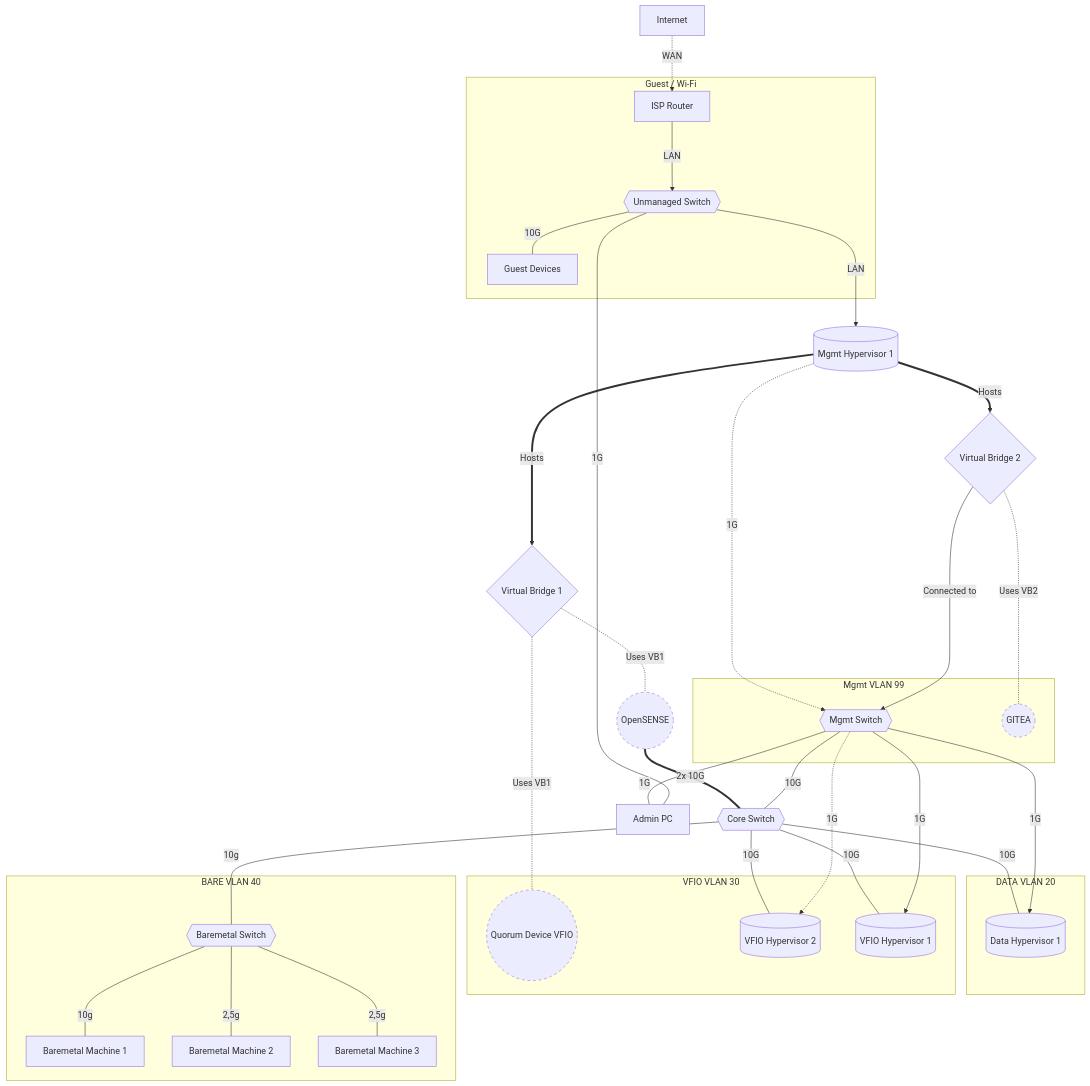
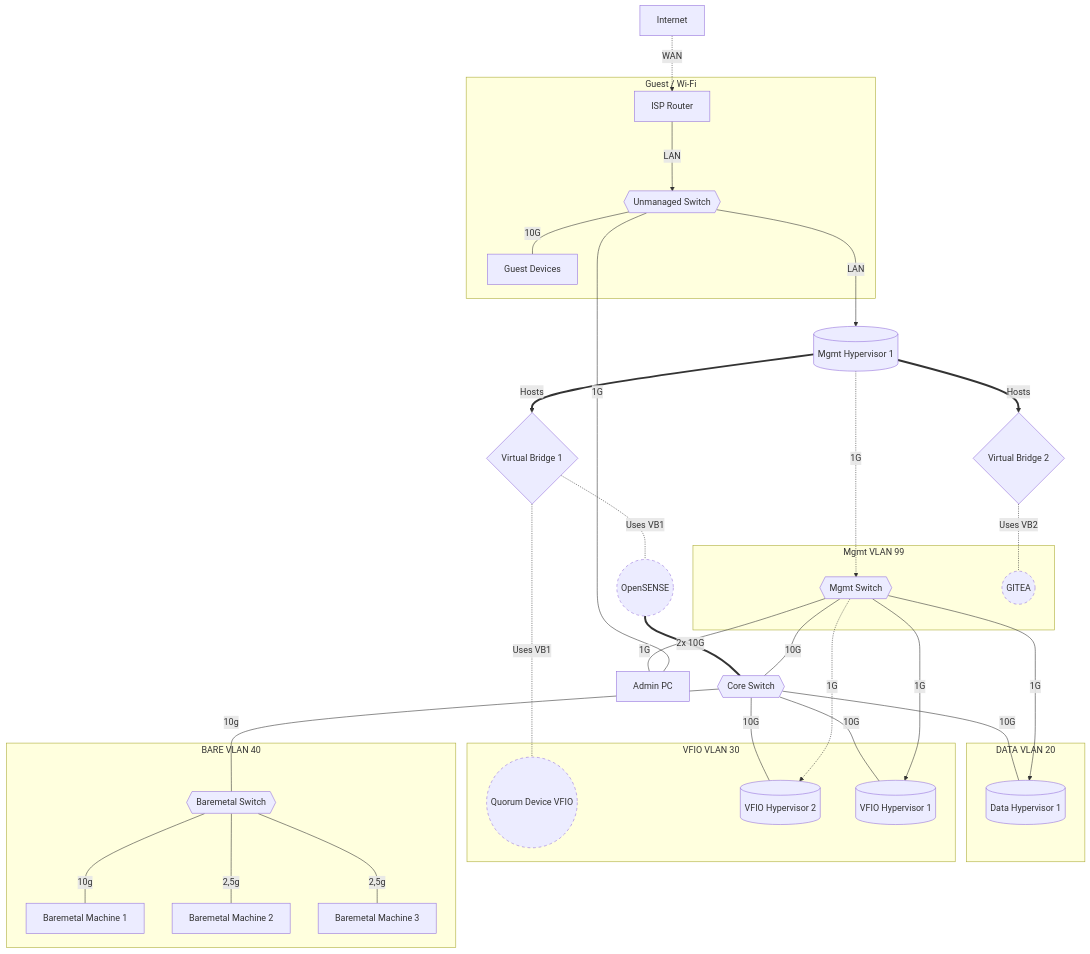
One commit to woeiru/lab changed the diagram in alp/netop.md. Above: the diagram before and after it, drawn with Mermaid.

Commit message:
standard

````diff
--- a/alp/netop.md
+++ b/alp/netop.md
@@ -3,54 +3,53 @@
 ```mermaid
 graph TD
     INT[Internet] -.-> |WAN| ISPR[ISP Router]
     ISPR ---> |LAN| US
     US{{Unmanaged Switch}} ---> |LAN| MH1
     VB1{Virtual Bridge 1} -.- |"Uses VB1"| QDV((Quorum Device VFIO))
     VB1 -.- |"Uses VB1"| OPN((OpenSENSE))
     OPN ===|"2x 10G"| CS{{Core Switch}}
     MH1[(Mgmt Hypervisor 1)] -.-> |"1G"| MS{{Mgmt Switch}}
     MS --- |"10G"| CS
     MS ---|"1G"| APC[Admin PC]
     APC ---|"1G"| US
     MH1 ==>|"Hosts"| VB1
     MH1 ==>|"Hosts"| VB2{Virtual Bridge 2}
     VB2 -.- |"Uses VB2"| GIT((GITEA))
-    VB2 ---> |"Connected to"| MS
     CS ---|"10G"| VH2[(VFIO Hypervisor 2)]
     MS -.->|"1G"| VH2
     US ---|"10G"| GD[Guest Devices]
     CS ---|"10G"| VH1[(VFIO Hypervisor 1)]
     MS --->|"1G"| VH1
     CS ---|"10G"| DH1[(Data Hypervisor 1)]
     MS --->|"1G"| DH1
     CS ---|"10g"| BMS{{Baremetal Switch}}
     BMS ---|"10g"| BM1[Baremetal Machine 1]
     BMS ---|"2,5g"| BM2[Baremetal Machine 2]
     BMS ---|"2,5g"| BM3[Baremetal Machine 3]
     subgraph VLAN20 [DATA VLAN 20]
         DH1
     end
     subgraph VLAN30 [VFIO VLAN 30]
         VH1
         VH2
         QDV
     end
     subgraph VLAN40 [BARE VLAN 40]
        BMS
        BM1 
        BM2 
        BM3 
     end
 
     subgraph VLAN99 [Mgmt VLAN 99]
         MS
         GIT
     end
     subgraph Guest [Guest / Wi-Fi]
         ISPR
         GD
         US
     end
     classDef punctuated stroke-dasharray: 5 5;
     class GIT,QDV,OPN punctuated;
 ```
````
